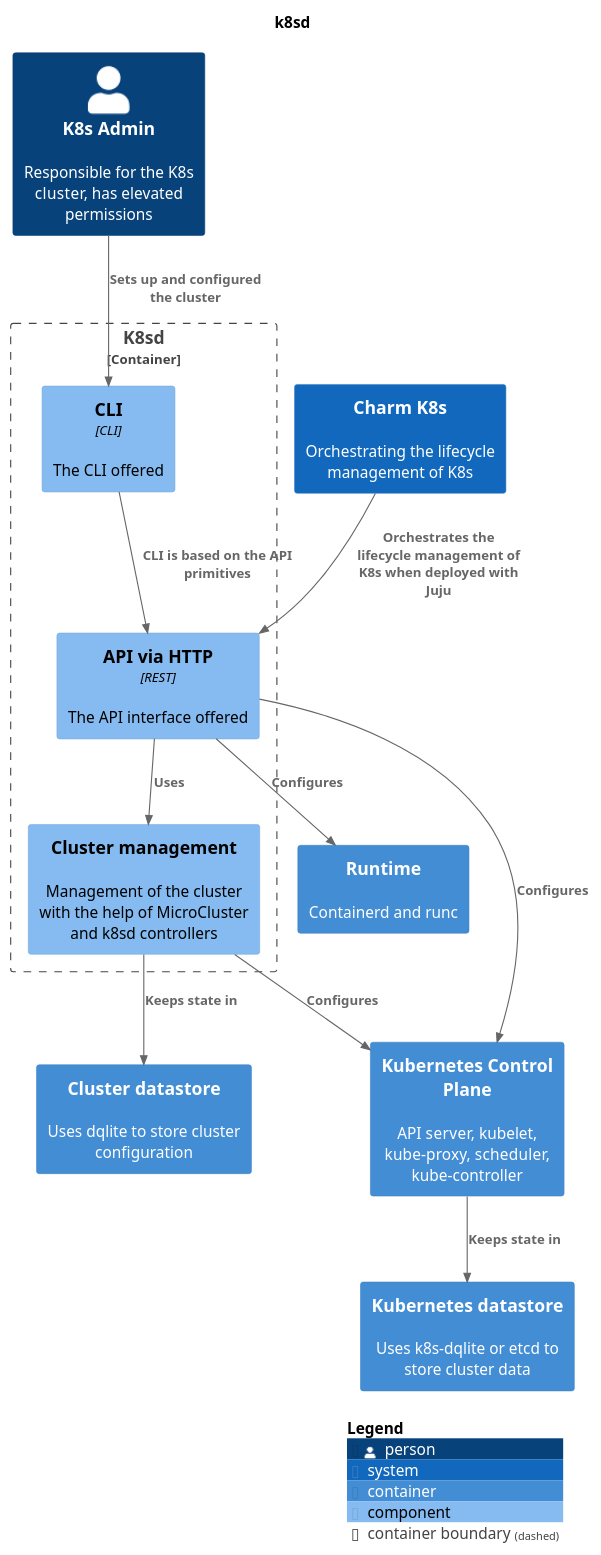
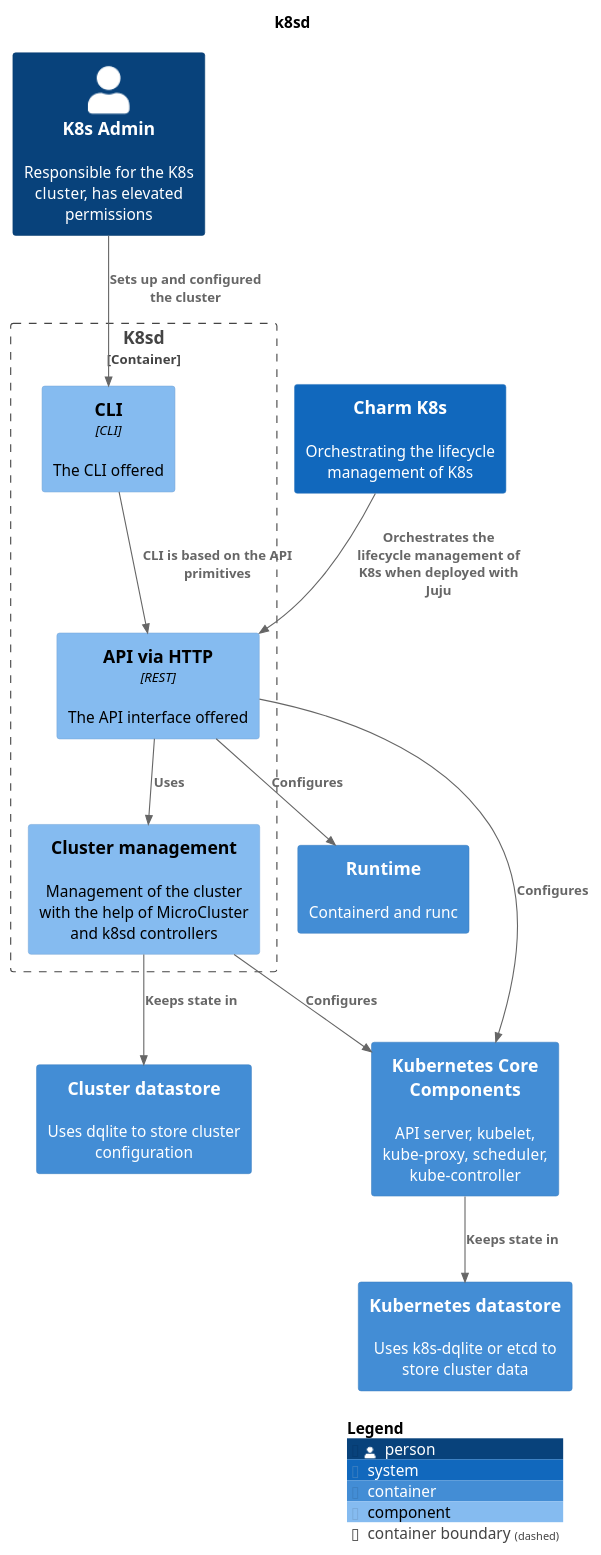
The diagram in docs/canonicalk8s/assets/k8sd-component.puml (canonical/k8s-snap), drawn with PlantUML before and after one commit. The commit also changed 3 other files, not shown here.

Commit message:
update diagrams

```diff
--- a/docs/canonicalk8s/assets/k8sd-component.puml
+++ b/docs/canonicalk8s/assets/k8sd-component.puml
@@ -1,36 +1,36 @@
 @startuml
 set separator none
 title k8sd
 
 top to bottom direction
 
 !include <C4/C4>
 !include <C4/C4_Context>
 !include <C4/C4_Container>
 !include <C4/C4_Component>
 
 Person(K8sAdmin, "K8s Admin", $descr="Responsible for the K8s cluster, has elevated permissions", $tags="", $link="")
 Container(K8sSnapDistribution.Runtime, "Runtime", $techn="", $descr="Containerd and runc", $tags="", $link="")
 System(CharmK8s, "Charm K8s", $descr="Orchestrating the lifecycle management of K8s", $tags="", $link="")
 Container(K8sSnapDistribution.ClusterDatastore, "Cluster datastore", $techn="", $descr="Uses dqlite to store cluster configuration", $tags="", $link="")
 Container(K8sSnapDistribution.KubernetesDatastore, "Kubernetes datastore", $techn="", $descr="Uses k8s-dqlite or etcd to store cluster data", $tags="", $link="")
-Container(K8sSnapDistribution.KubernetesControlPlane, "Kubernetes Control Plane", $techn="", $descr="API server, kubelet, kube-proxy, scheduler, kube-controller", $tags="", $link="")
+Container(K8sSnapDistribution.KubernetesCoreComponents, "Kubernetes Core Components", $techn="", $descr="API server, kubelet, kube-proxy, scheduler, kube-controller", $tags="", $link="")
 
 Container_Boundary("K8sSnapDistribution.K8sd_boundary", "K8sd", $tags="") {
   Component(K8sSnapDistribution.K8sd.CLI, "CLI", $techn="CLI", $descr="The CLI offered", $tags="", $link="")
   Component(K8sSnapDistribution.K8sd.APIviaHTTP, "API via HTTP", $techn="REST", $descr="The API interface offered", $tags="", $link="")
   Component(K8sSnapDistribution.K8sd.CLustermanagement, "Cluster management", $techn="", $descr="Management of the cluster with the help of MicroCluster and k8sd controllers", $tags="", $link="")
 }
 
 Rel(K8sAdmin, K8sSnapDistribution.K8sd.CLI, "Sets up and configured the cluster", $techn="", $tags="", $link="")
 Rel(CharmK8s, K8sSnapDistribution.K8sd.APIviaHTTP, "Orchestrates the lifecycle management of K8s when deployed with Juju", $techn="", $tags="", $link="")
-Rel(K8sSnapDistribution.K8sd.CLustermanagement, K8sSnapDistribution.KubernetesControlPlane, "Configures", $techn="", $tags="", $link="")
-Rel(K8sSnapDistribution.KubernetesControlPlane, K8sSnapDistribution.KubernetesDatastore, "Keeps state in", $techn="", $tags="", $link="")
+Rel(K8sSnapDistribution.K8sd.CLustermanagement, K8sSnapDistribution.KubernetesCoreComponents, "Configures", $techn="", $tags="", $link="")
+Rel(K8sSnapDistribution.KubernetesCoreComponents, K8sSnapDistribution.KubernetesDatastore, "Keeps state in", $techn="", $tags="", $link="")
 Rel(K8sSnapDistribution.K8sd.CLustermanagement, K8sSnapDistribution.ClusterDatastore, "Keeps state in", $techn="", $tags="", $link="")
-Rel(K8sSnapDistribution.K8sd.APIviaHTTP, K8sSnapDistribution.KubernetesControlPlane, "Configures", $techn="", $tags="", $link="")
+Rel(K8sSnapDistribution.K8sd.APIviaHTTP, K8sSnapDistribution.KubernetesCoreComponents, "Configures", $techn="", $tags="", $link="")
 Rel(K8sSnapDistribution.K8sd.APIviaHTTP, K8sSnapDistribution.Runtime, "Configures", $techn="", $tags="", $link="")
 Rel(K8sSnapDistribution.K8sd.APIviaHTTP, K8sSnapDistribution.K8sd.CLustermanagement, "Uses", $techn="", $tags="", $link="")
 Rel(K8sSnapDistribution.K8sd.CLI, K8sSnapDistribution.K8sd.APIviaHTTP, "CLI is based on the API primitives", $techn="", $tags="", $link="")
 
 SHOW_LEGEND(true)
 @enduml
```
